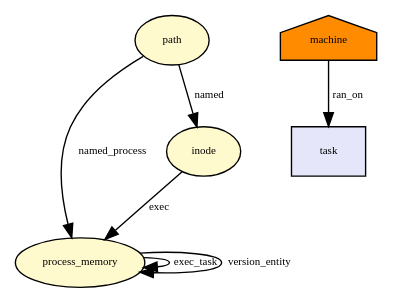
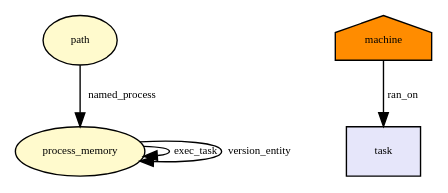
One commit to CamFlow/camflow-dev changed the diagram in docs/dot/bprm_committing_creds.dot. Above: the diagram before and after it, drawn with Graphviz. The commit also changed 3 other files, not shown here.

```diff
--- a/docs/dot/bprm_committing_creds.dot
+++ b/docs/dot/bprm_committing_creds.dot
@@ -1,23 +1,17 @@
 digraph RGL__DirectedAdjacencyGraph {path[fontsize = 8,label = path,shape = ellipse, fillcolor="#fffacd", style = filled]
 
 process_memory[fontsize = 8,label = process_memory,shape = ellipse, fillcolor="#fffacd", style = filled]
 
 path -> process_memory[fontsize = 8,label = named_process]
 
 machine[fontsize = 8,label = machine,shape = house, fillcolor="#ff8c00", style = filled]
 
 task[fontsize = 8,label = task,shape = rectangle, fillcolor="#e6e6fa", style = filled]
 
 machine -> task[fontsize = 8,label = ran_on]
 
-inode[fontsize = 8,label = inode,shape = ellipse, fillcolor="#fffacd", style = filled]
-
-path -> inode[fontsize = 8,label = named]
-
 process_memory -> process_memory[fontsize = 8,label = exec_task]
 
 process_memory -> process_memory[fontsize = 8,label = version_entity]
 
-inode -> process_memory[fontsize = 8,label = exec]
-
 }
```
